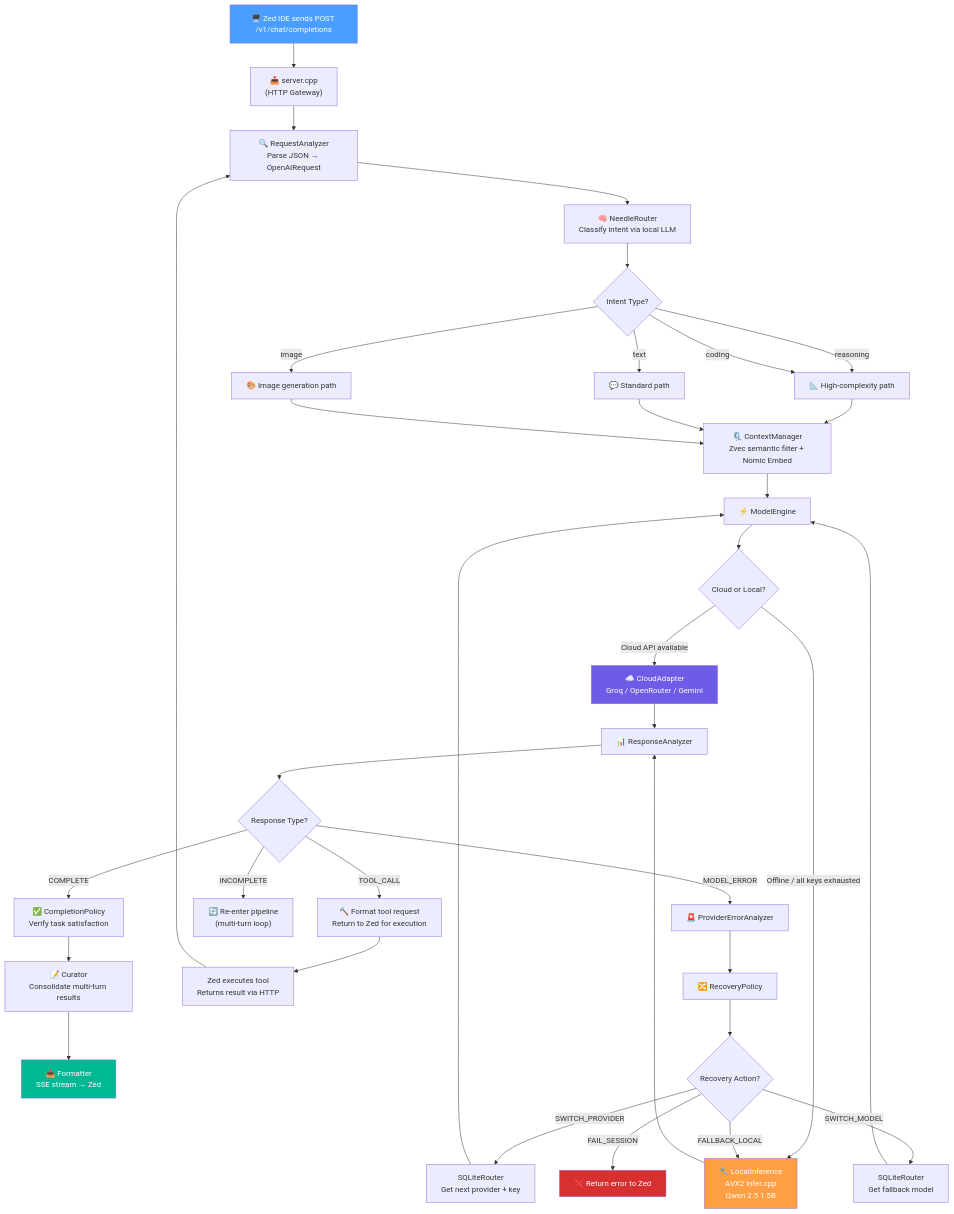
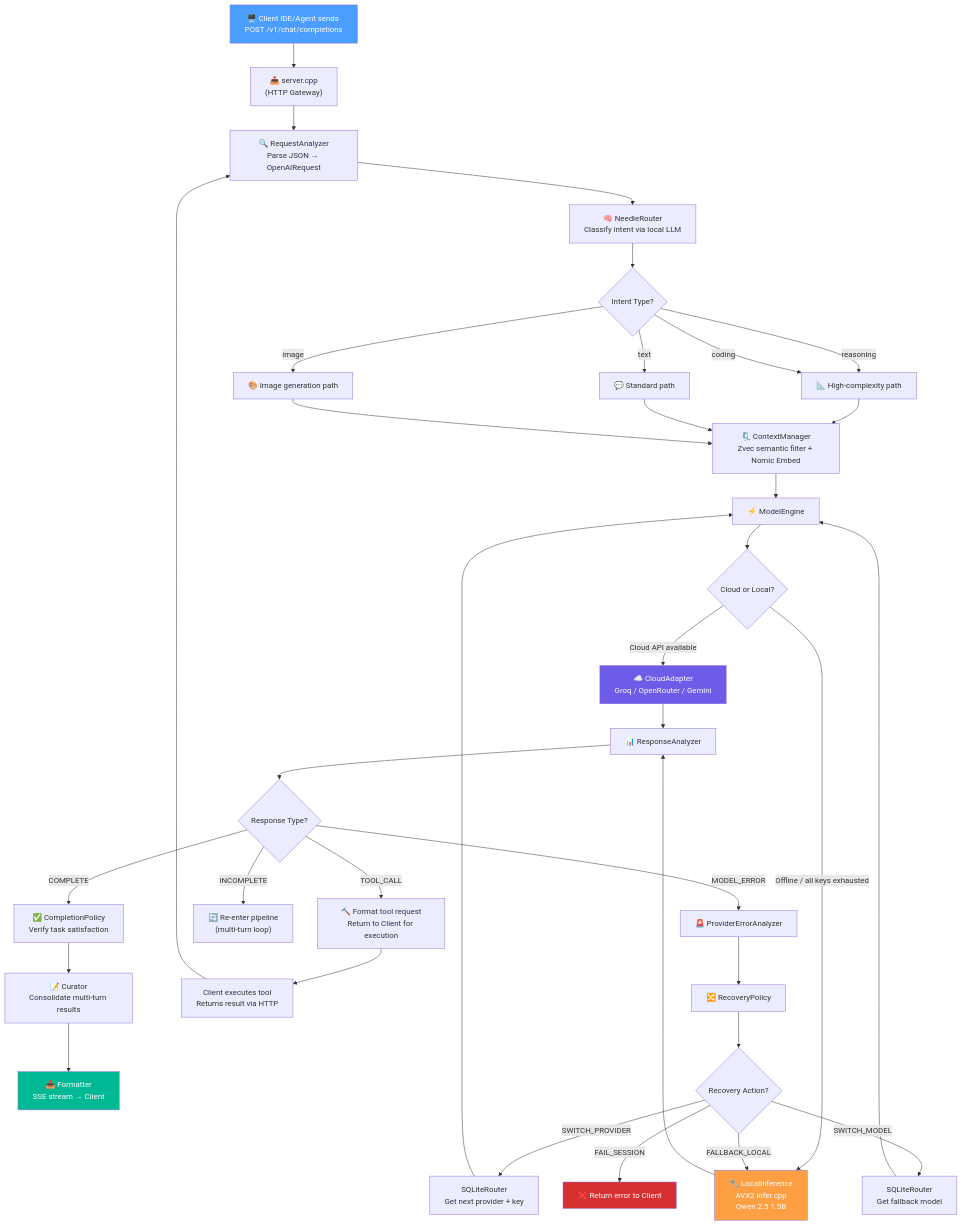
The first of 4 diagrams in README.md (ahtesham-clcbws/DenseLite), drawn with Mermaid before and after one commit. The commit also changed other lines of this file, not shown here.

````diff
--- a/README.md
+++ b/README.md
@@ -39,55 +39,55 @@
 ```mermaid
 flowchart TD
-    A["🖥️ Zed IDE sends POST /v1/chat/completions"] --> B["📥 server.cpp<br/>(HTTP Gateway)"]
+    A["🖥️ Client IDE/Agent sends POST /v1/chat/completions"] --> B["📥 server.cpp<br/>(HTTP Gateway)"]
     B --> C["🔍 RequestAnalyzer<br/>Parse JSON → OpenAIRequest"]
     C --> D["🧠 NeedleRouter<br/>Classify intent via local LLM"]
     D --> E{"Intent Type?"}
 
     E -->|"reasoning"| F["📐 High-complexity path"]
     E -->|"coding"| F
     E -->|"text"| G["💬 Standard path"]
     E -->|"image"| H["🎨 Image generation path"]
 
     F --> I["🗜️ ContextManager<br/>Zvec semantic filter + Nomic Embed"]
     G --> I
     H --> I
 
     I --> J["⚡ ModelEngine"]
     J --> K{"Cloud or Local?"}
 
     K -->|"Cloud API available"| L["☁️ CloudAdapter<br/>Groq / OpenRouter / Gemini"]
     K -->|"Offline / all keys exhausted"| M["🔧 LocalInference<br/>AVX2 infer.cpp<br/>Qwen 2.5 1.5B"]
 
     L --> N["📊 ResponseAnalyzer"]
     M --> N
 
     N --> O{"Response Type?"}
 
     O -->|"COMPLETE"| P["✅ CompletionPolicy<br/>Verify task satisfaction"]
-    O -->|"TOOL_CALL"| Q["🔨 Format tool request<br/>Return to Zed for execution"]
+    O -->|"TOOL_CALL"| Q["🔨 Format tool request<br/>Return to Client for execution"]
     O -->|"INCOMPLETE"| R["🔄 Re-enter pipeline<br/>(multi-turn loop)"]
     O -->|"MODEL_ERROR"| S["🚨 ProviderErrorAnalyzer"]
 
     P --> T["📝 Curator<br/>Consolidate multi-turn results"]
-    T --> U["📤 Formatter<br/>SSE stream → Zed"]
+    T --> U["📤 Formatter<br/>SSE stream → Client"]
 
-    Q --> V["Zed executes tool<br/>Returns result via HTTP"]
+    Q --> V["Client executes tool<br/>Returns result via HTTP"]
     V --> C
 
     S --> W["🔀 RecoveryPolicy"]
     W --> X{"Recovery Action?"}
 
     X -->|"SWITCH_PROVIDER"| Y["SQLiteRouter<br/>Get next provider + key"]
     X -->|"SWITCH_MODEL"| Z["SQLiteRouter<br/>Get fallback model"]
     X -->|"FALLBACK_LOCAL"| M
-    X -->|"FAIL_SESSION"| AA["❌ Return error to Zed"]
+    X -->|"FAIL_SESSION"| AA["❌ Return error to Client"]
 
     Y --> J
     Z --> J
 
     style A fill:#4a9eff,color:#fff
     style M fill:#ff9f43,color:#fff
     style L fill:#6c5ce7,color:#fff
     style U fill:#00b894,color:#fff
     style AA fill:#d63031,color:#fff
 ```
````
